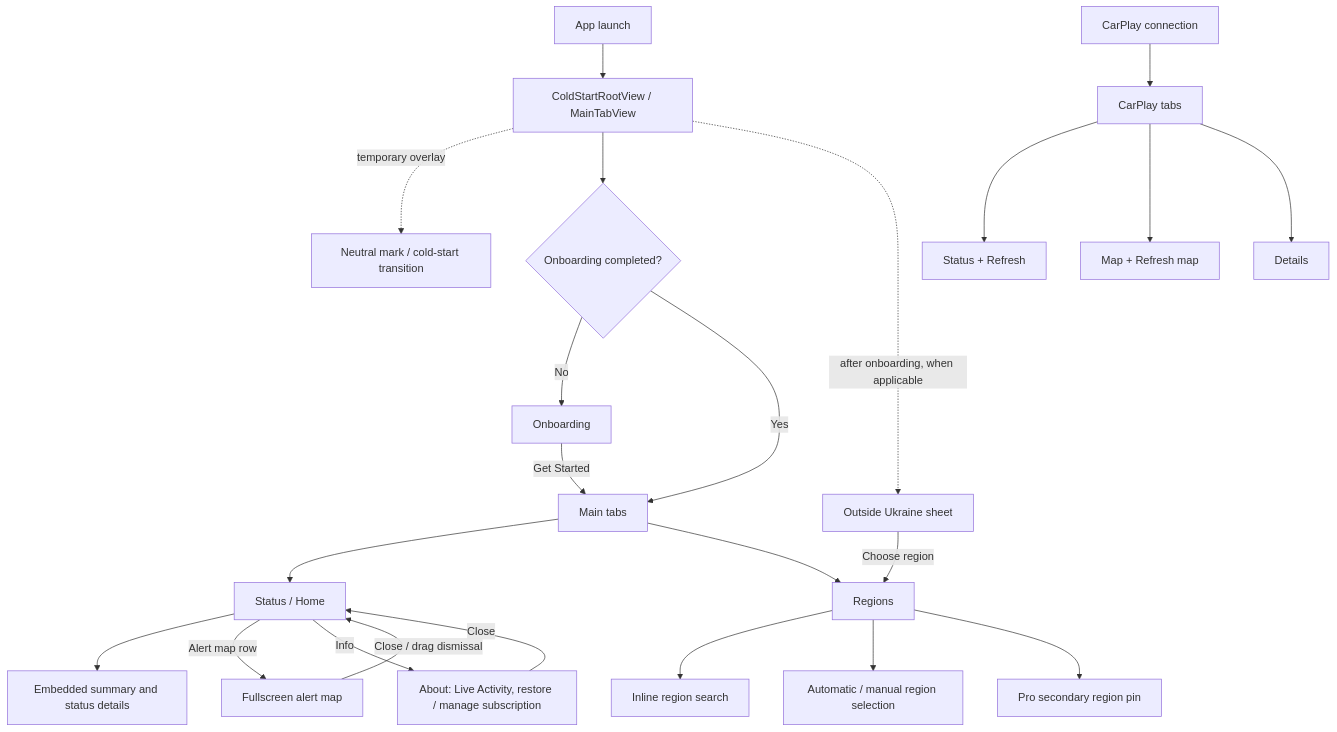
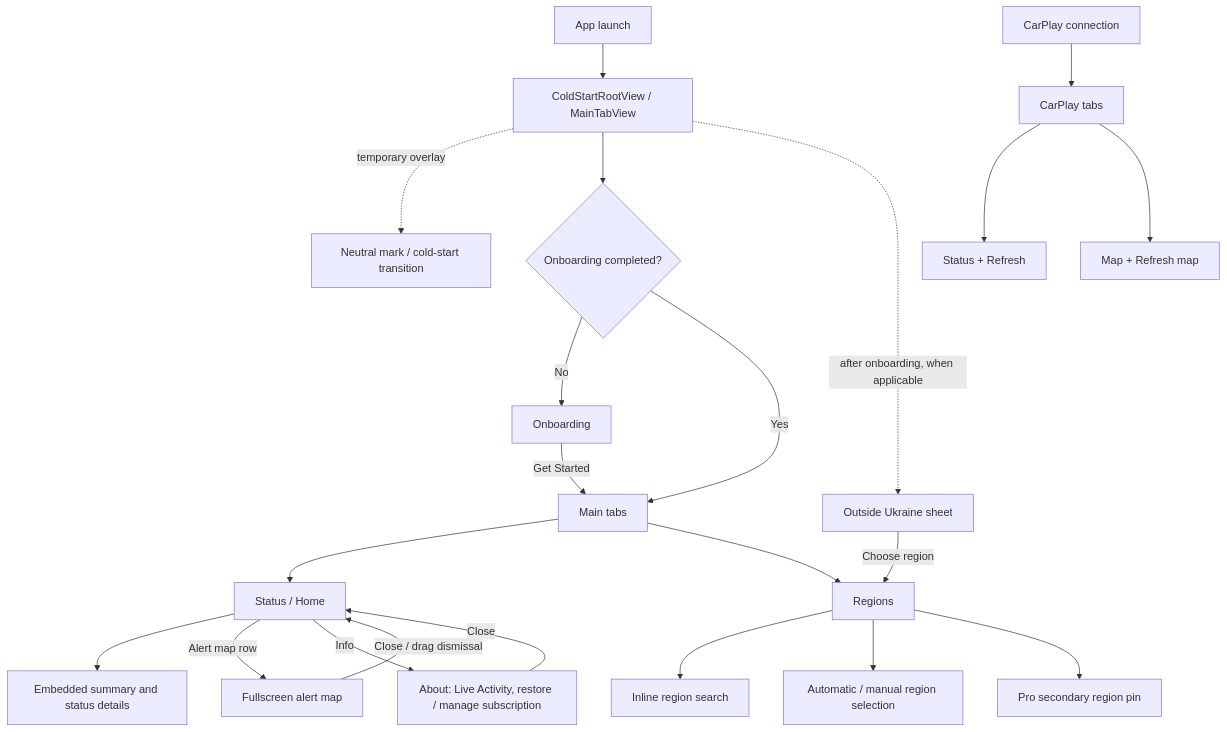
One commit to vil4max/regional-check changed the second of 3 diagrams in docs/engineering/project-map.md. Above: the diagram before and after it, drawn with Mermaid. The commit also changed other lines of this file and 4 other files, not shown here.

````diff
--- a/docs/engineering/project-map.md
+++ b/docs/engineering/project-map.md
@@ -45,25 +45,24 @@
 ```mermaid
 flowchart TD
     Launch[App launch] --> Root[ColdStartRootView / MainTabView]
     Root -. temporary overlay .-> Cold[Neutral mark / cold-start transition]
     Root --> First{Onboarding completed?}
     First -->|No| Onboarding[Onboarding]
     Onboarding -->|Get Started| Tabs[Main tabs]
     First -->|Yes| Tabs
     Tabs --> Status[Status / Home]
     Tabs --> Regions[Regions]
     Status --> Summary[Embedded summary and status details]
     Status -->|Alert map row| Map[Fullscreen alert map]
     Map -->|Close / drag dismissal| Status
     Status -->|Info| About[About: Live Activity, restore / manage subscription]
     About -->|Close| Status
     Regions --> Search[Inline region search]
     Regions --> Selection[Automatic / manual region selection]
     Regions --> Pin[Pro secondary region pin]
     Root -. after onboarding, when applicable .-> Outside[Outside Ukraine sheet]
     Outside -->|Choose region| Regions
     Connect[CarPlay connection] --> CPTabs[CarPlay tabs]
     CPTabs --> CPStatus[Status + Refresh]
     CPTabs --> CPMap[Map + Refresh map]
-    CPTabs --> CPDetails[Details]
 ```
````
